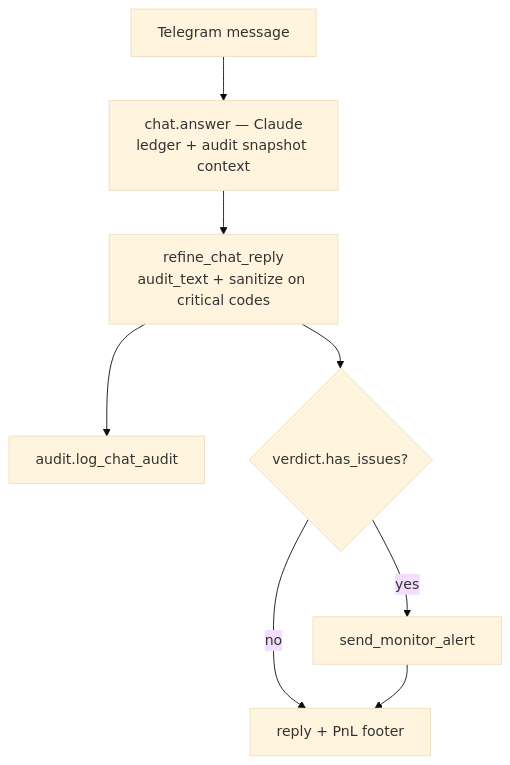
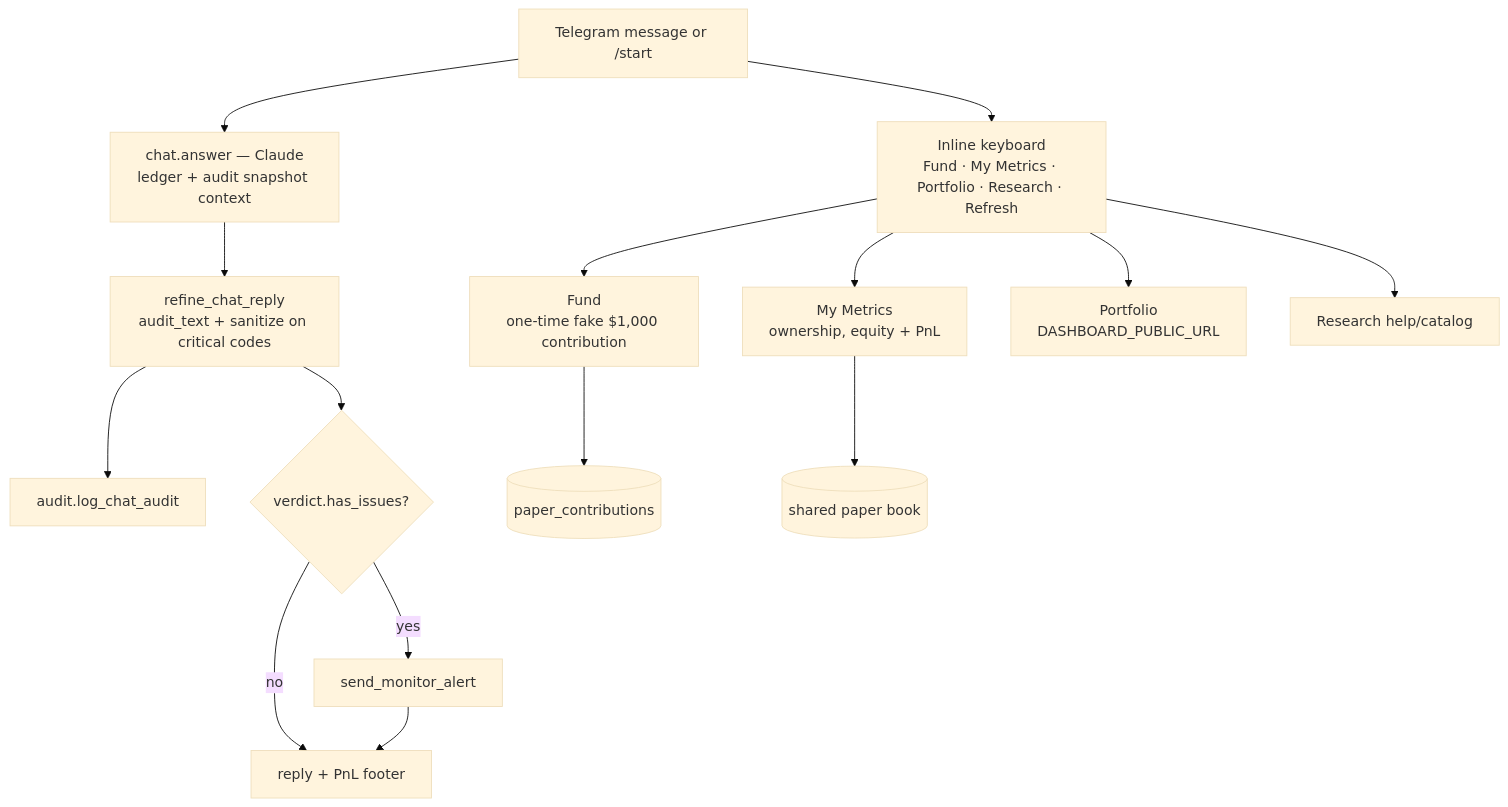
Before and after one commit to abagui11/kalshi_trading_bot: the fifth of 6 diagrams in deploy/PROJECT_STATE.md, drawn with Mermaid (base theme). The commit also changed other lines of this file and 33 other files, not shown here.

First line of the commit message:
Ship dual-asset ETH/BTC paper book with Fund contributions and USD-notional sizing.

````diff
--- a/deploy/PROJECT_STATE.md
+++ b/deploy/PROJECT_STATE.md
@@ -163,10 +173,17 @@
 ```mermaid
 flowchart TD
-    TG[Telegram message] --> QA[chat.answer — Claude<br/>ledger + audit snapshot context]
+    TG[Telegram message or /start] --> KB[Inline keyboard<br/>Fund · My Metrics · Portfolio · Research · Refresh]
+    TG --> QA[chat.answer — Claude<br/>ledger + audit snapshot context]
     QA --> CAR[refine_chat_reply<br/>audit_text + sanitize on critical codes]
     CAR --> CAI[audit.log_chat_audit]
     CAR --> AL{verdict.has_issues?}
     AL -->|yes| MA[send_monitor_alert]
     AL -->|no| REPLY[reply + PnL footer]
     MA --> REPLY
+    KB --> FUND[Fund<br/>one-time fake $1,000 contribution]
+    KB --> METRICS[My Metrics<br/>ownership, equity + PnL]
+    KB --> PORT[Portfolio<br/>DASHBOARD_PUBLIC_URL]
+    KB --> RESEARCH[Research help/catalog]
+    FUND --> CONTRIB[(paper_contributions)]
+    METRICS --> BOOK[(shared paper book)]
 ```
````
